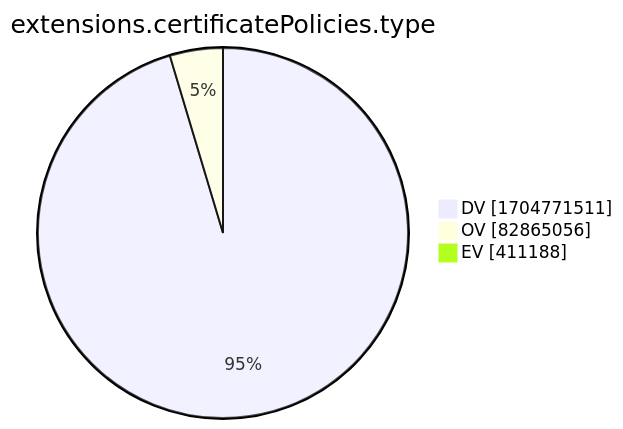
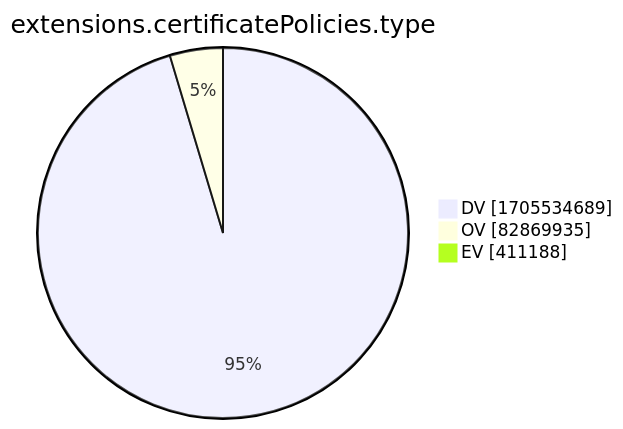
One commit to christiankrug/ctmonitor_visualization changed the tenth of 15 diagrams in xenon2022/README.md. Above: the diagram before and after it, drawn with Mermaid. The commit also changed other lines of this file, not shown here.

````diff
--- a/xenon2022/README.md
+++ b/xenon2022/README.md
@@ -2881,7 +2881,7 @@
 ```mermaid
 pie showData
 title extensions.certificatePolicies.type
-"DV" :1704771511
-"OV" :82865056
+"DV" :1705534689
+"OV" :82869935
 "EV" :411188
 ```
````
